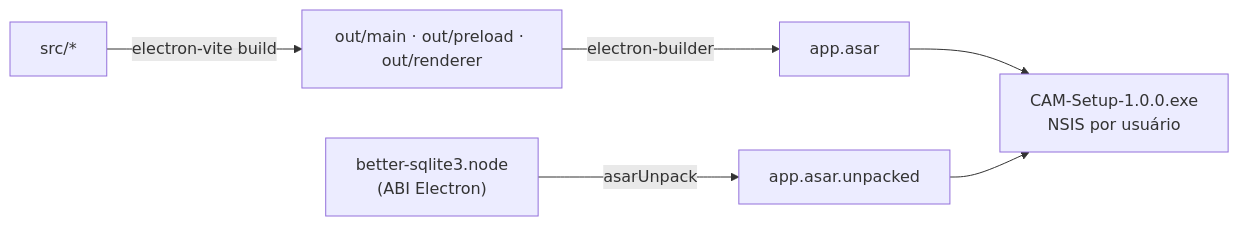
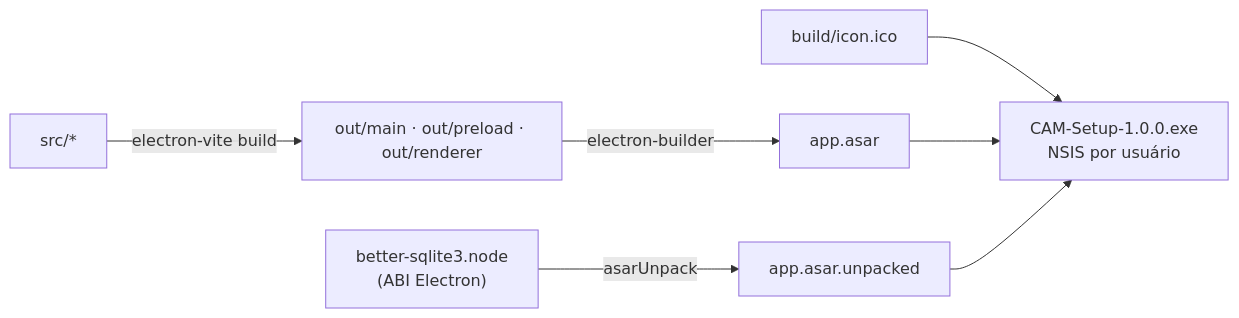
Before and after one commit to nataliatobiasdev/agregador-carreiras: the diagram in docs/qualidade/instalador.md, drawn with Mermaid. The commit also changed other lines of this file and 25 other files, not shown here.

First line of the commit message:
Update docs for Nevora, the new icon, the Pages fix and the roadmap

````diff
--- a/docs/qualidade/instalador.md
+++ b/docs/qualidade/instalador.md
@@ -27,8 +33,9 @@
 ```mermaid
 flowchart LR
   S[src/*] -->|electron-vite build| O["out/main · out/preload · out/renderer"]
   O -->|electron-builder| A["app.asar"]
   N["better-sqlite3.node<br/>(ABI Electron)"] -->|asarUnpack| U["app.asar.unpacked"]
+  I["build/icon.ico"] --> X
   A --> X["CAM-Setup-1.0.0.exe<br/>NSIS por usuário"]
   U --> X
 ```
````
